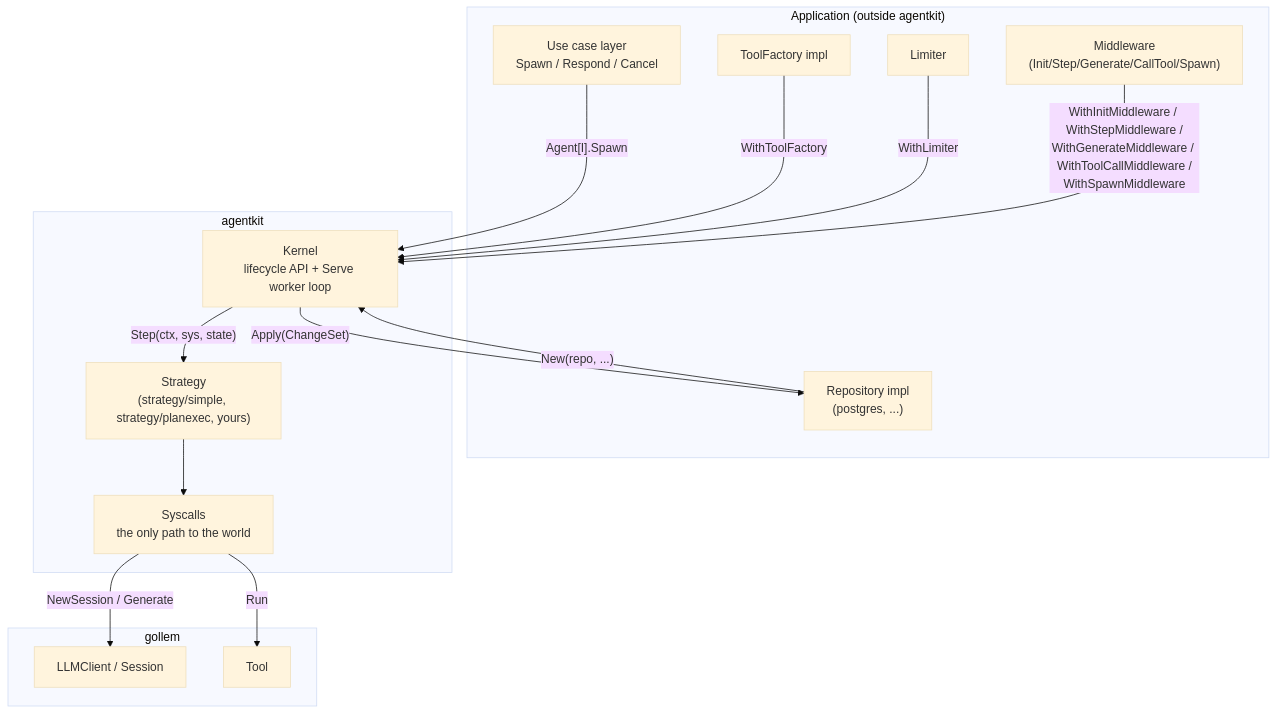
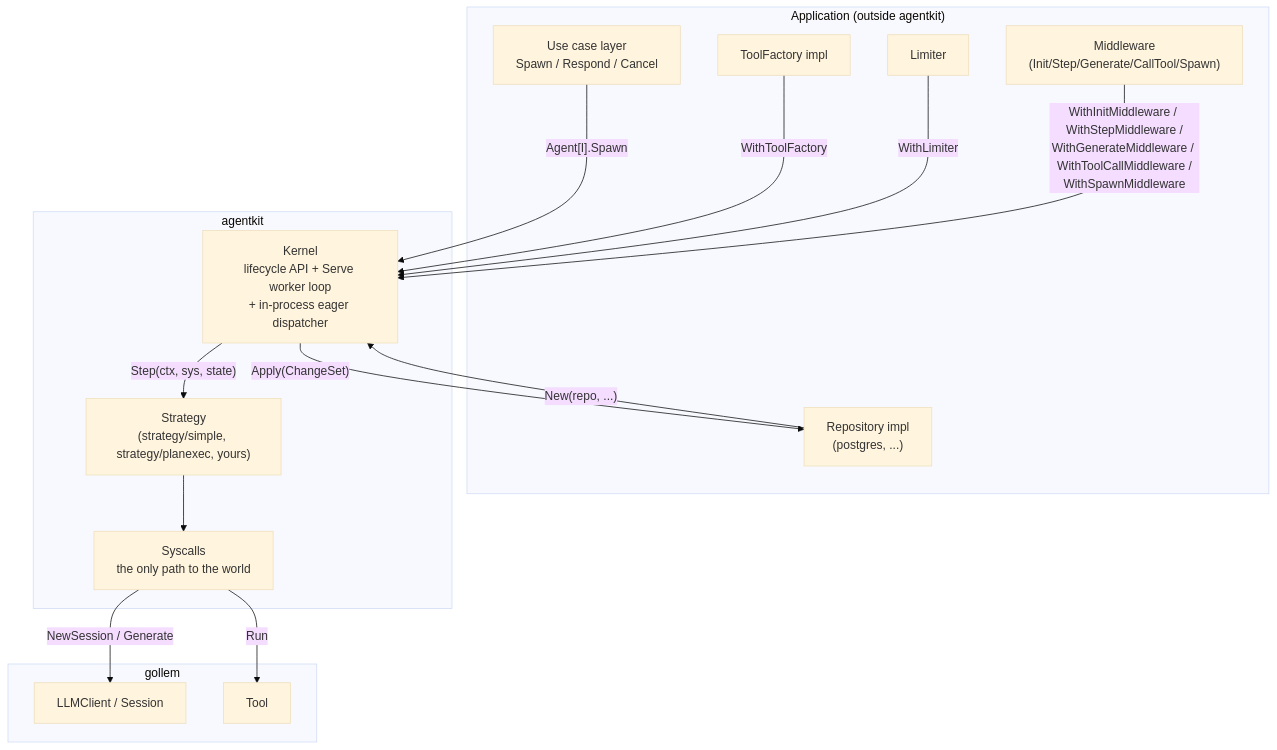
One commit to gollem-dev/agentkit changed the first of 2 diagrams in docs/design/architecture.md. Above: the diagram before and after it, drawn with Mermaid (base theme). The commit also changed other lines of this file and 27 other files, not shown here.

Commit message:
feat: eager in-process dispatch and two-tier concurrency (#11)

````diff
--- a/docs/design/architecture.md
+++ b/docs/design/architecture.md
@@ -8,30 +8,30 @@
 ```mermaid
 graph TB
   subgraph app["Application (outside agentkit)"]
     UC["Use case layer<br/>Spawn / Respond / Cancel"]
     RP["Repository impl<br/>(postgres, ...)"]
     TF["ToolFactory impl"]
     LM["Limiter"]
     MW["Middleware<br/>(Init/Step/Generate/CallTool/Spawn)"]
   end
   subgraph ak["agentkit"]
-    K["Kernel<br/>lifecycle API + Serve worker loop"]
+    K["Kernel<br/>lifecycle API + Serve worker loop<br/>+ in-process eager dispatcher"]
     SC["Syscalls<br/>the only path to the world"]
     SG["Strategy<br/>(strategy/simple, strategy/planexec, yours)"]
   end
   subgraph gollem["gollem"]
     LC["LLMClient / Session"]
     GT["Tool"]
   end
 
   UC -->|"Agent[I].Spawn"| K
   RP -->|"New(repo, ...)"| K
   TF -->|WithToolFactory| K
   LM -->|WithLimiter| K
   MW -->|"WithInitMiddleware / WithStepMiddleware /<br/>WithGenerateMiddleware / WithToolCallMiddleware /<br/>WithSpawnMiddleware"| K
   K -->|"Step(ctx, sys, state)"| SG
   SG --> SC
   SC -->|NewSession / Generate| LC
   SC -->|Run| GT
   K -->|"Apply(ChangeSet)"| RP
 ```
````
